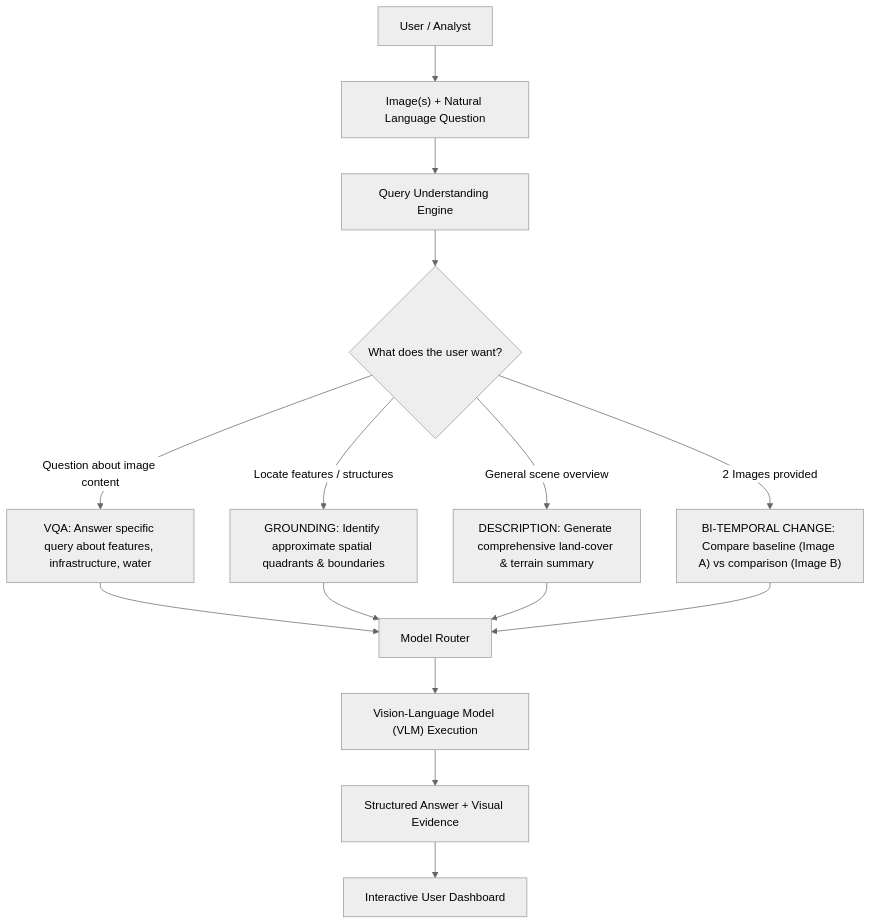
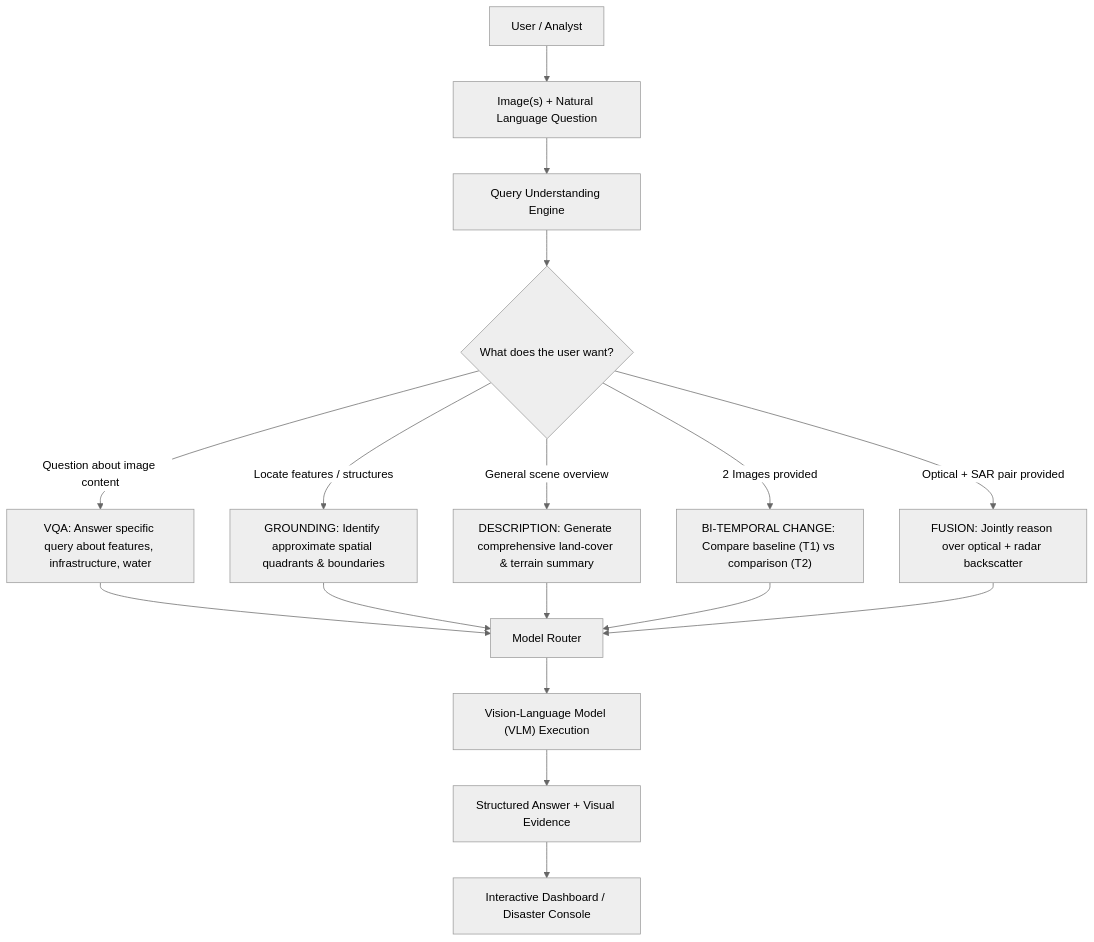
One commit to KrxnTech/SatVistaar-SIH changed the second of 5 diagrams in README.md. Above: the diagram before and after it, drawn with Mermaid (neutral theme). The commit also changed other lines of this file, not shown here.

````diff
--- a/README.md
+++ b/README.md
@@ -94,20 +103,23 @@
 ```mermaid
 flowchart TD
     A["User / Analyst"] --> B["Image(s) + Natural Language Question"]
     B --> C["Query Understanding Engine"]
     C --> D{"What does the user want?"}
 
     D -->|Question about image content| E["VQA: Answer specific query about features, infrastructure, water"]
     D -->|Locate features / structures| F["GROUNDING: Identify approximate spatial quadrants & boundaries"]
     D -->|General scene overview| G["DESCRIPTION: Generate comprehensive land-cover & terrain summary"]
-    D -->|2 Images provided| H["BI-TEMPORAL CHANGE: Compare baseline (Image A) vs comparison (Image B)"]
+    D -->|2 Images provided| H["BI-TEMPORAL CHANGE: Compare baseline (T1) vs comparison (T2)"]
+    D -->|Optical + SAR pair provided| I["FUSION: Jointly reason over optical + radar backscatter"]
 
-    E --> I["Model Router"]
-    F --> I
-    G --> I
-    H --> I
+    E --> J["Model Router"]
+    F --> J
+    G --> J
+    H --> J
+    I --> J
 
-    I --> J["Vision-Language Model (VLM) Execution"]
-    J --> K["Structured Answer + Visual Evidence"]
-    K --> L["Interactive User Dashboard"]
+    J --> K["Vision-Language Model (VLM) Execution"]
+    K --> L["Structured Answer + Visual Evidence"]
+    L --> M["Interactive Dashboard / Disaster Console"]
+
 ```
````
